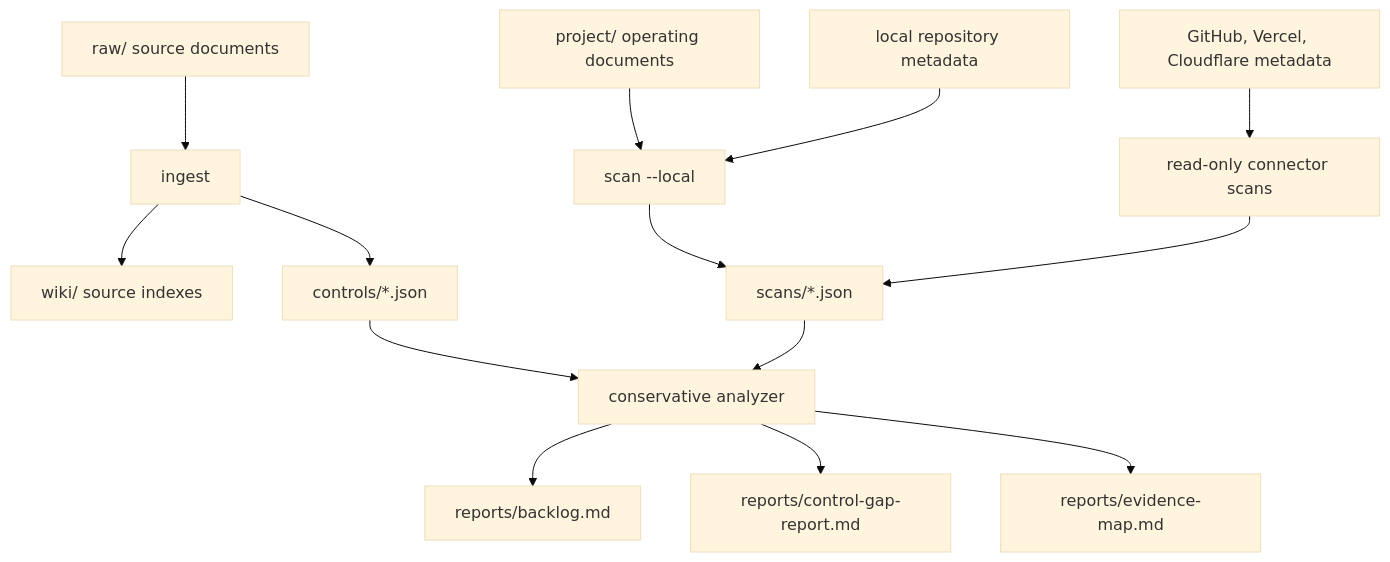
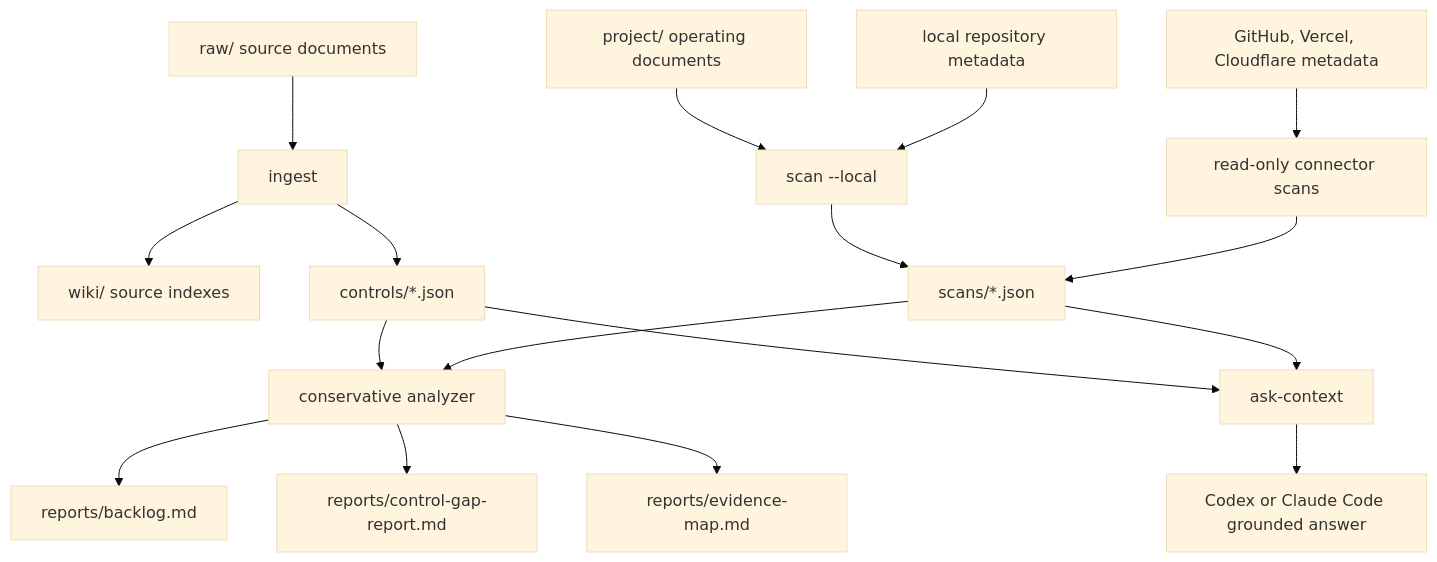
One commit to Ustay-coder/isms-p-agent changed the diagram in README.md. Above: the diagram before and after it, drawn with Mermaid (base theme). The commit also changed other lines of this file and 12 other files, not shown here.

Commit message:
feat: add agent ask context command

````diff
--- a/README.md
+++ b/README.md
@@ -23,16 +23,19 @@
 ```mermaid
 flowchart TD
   A["raw/ source documents"] --> B["ingest"]
   B --> C["wiki/ source indexes"]
   B --> D["controls/*.json"]
   E["project/ operating documents"] --> F["scan --local"]
   G["local repository metadata"] --> F
   H["GitHub, Vercel, Cloudflare metadata"] --> I["read-only connector scans"]
   F --> J["scans/*.json"]
   I --> J
   D --> K["conservative analyzer"]
   J --> K
   K --> L["reports/backlog.md"]
   K --> M["reports/control-gap-report.md"]
   K --> N["reports/evidence-map.md"]
+  D --> O["ask-context"]
+  J --> O
+  O --> P["Codex or Claude Code grounded answer"]
 ```
````
